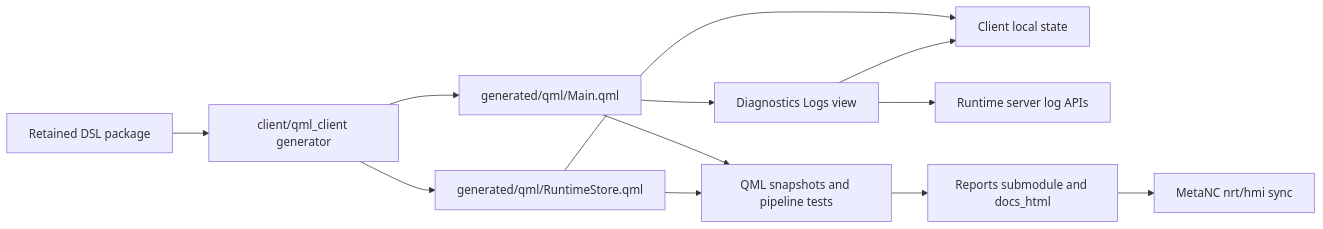
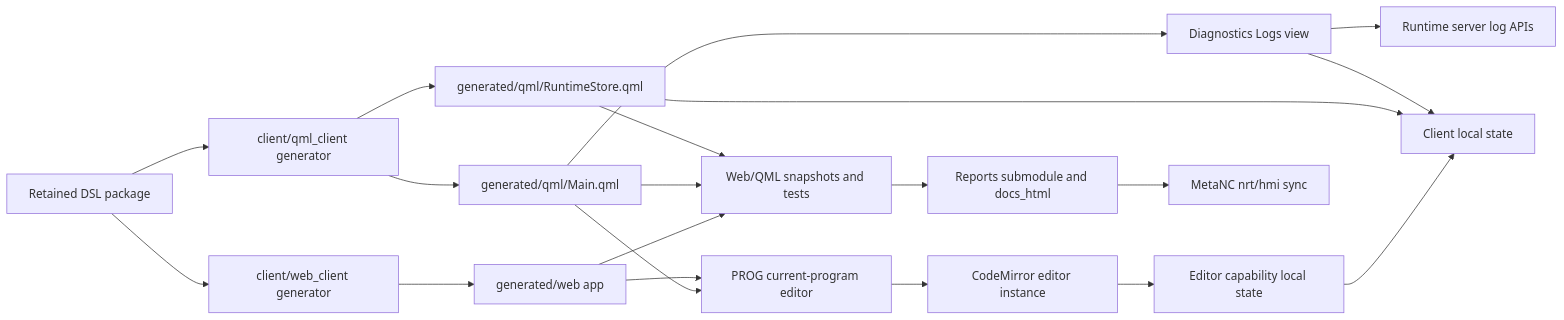
The diagram in 2026-05-07-codex-session/architecture-diagram.md (luppiterw/metanc_hmi_dsl_reports), drawn with Mermaid before and after one commit. The commit also changed 15 other files, not shown here.

````diff
--- a/2026-05-07-codex-session/architecture-diagram.md
+++ b/2026-05-07-codex-session/architecture-diagram.md
@@ -3,25 +3,38 @@
 ```mermaid
 flowchart LR
     dsl[Retained DSL package]
     qmlgen[client/qml_client generator]
     mainqml[generated/qml/Main.qml]
     store[generated/qml/RuntimeStore.qml]
     logs[Diagnostics Logs view]
+    webgen[client/web_client generator]
+    webapp[generated/web app]
+    prog[PROG current-program editor]
+    editor[CodeMirror editor instance]
+    caps[Editor capability local state]
     local[Client local state]
     server[Runtime server log APIs]
-    snapshots[QML snapshots and pipeline tests]
+    snapshots[Web/QML snapshots and tests]
     reports[Reports submodule and docs_html]
     metanc[MetaNC nrt/hmi sync]
 
     dsl --> qmlgen
+    dsl --> webgen
     qmlgen --> mainqml
     qmlgen --> store
+    webgen --> webapp
     mainqml --> logs
+    mainqml --> prog
+    webapp --> prog
+    prog --> editor
+    editor --> caps
+    caps --> local
     store --> local
     logs --> local
     logs --> server
+    webapp --> snapshots
     mainqml --> snapshots
     store --> snapshots
     snapshots --> reports
     reports --> metanc
 ```
````
